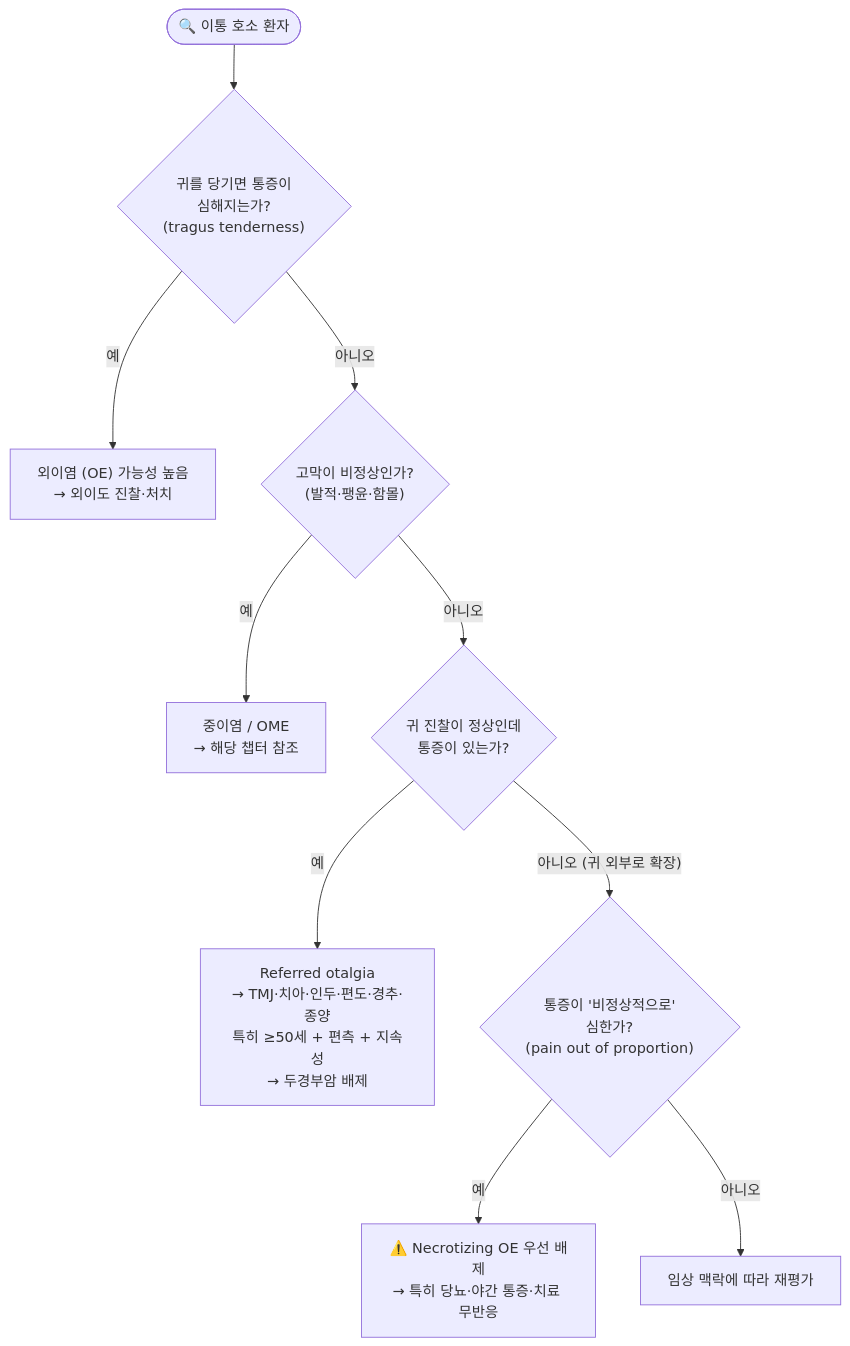
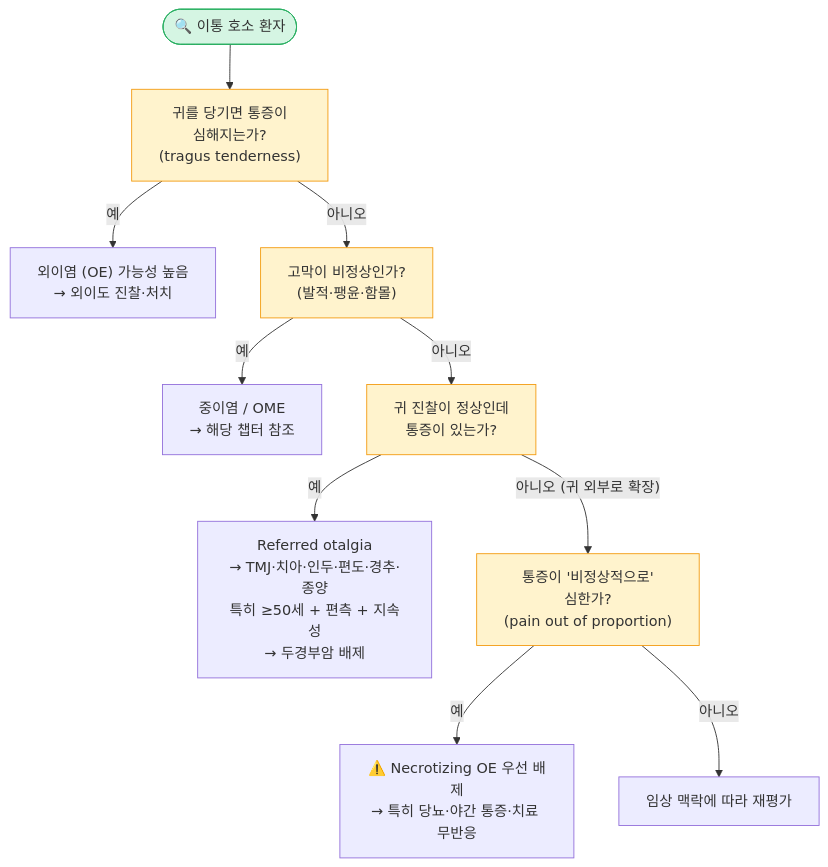
Before and after one commit to familyoh77/familyoh77: the first of 2 diagrams in 222_/047_-otitis-externa.md, drawn with Mermaid. The commit also changed other lines of this file, not shown here.

````diff
--- a/222_/047_-otitis-externa.md
+++ b/222_/047_-otitis-externa.md
@@ -85,12 +86,17 @@
 ```mermaid
 graph TD
-    S(["🔍 이통 호소 환자"]) --> Q1{"귀를 당기면 통증이<br/>심해지는가?<br/>(tragus tenderness)"}
-    Q1 -- "예" --> OE["외이염 (OE) 가능성 높음\n→ 외이도 진찰·처치"]
-    Q1 -- "아니오" --> Q2{"고막이 비정상인가?\n(발적·팽윤·함몰)"}
-    Q2 -- "예" --> OM["중이염 / OME\n→ 해당 챕터 참조"]
-    Q2 -- "아니오" --> Q3{"귀 진찰이 정상인데\n통증이 있는가?"}
-    Q3 -- "예" --> REF["Referred otalgia\n→ TMJ·치아·인두·편도·경추·종양\n특히 ≥50세 + 편측 + 지속성\n→ 두경부암 배제"]
-    Q3 -- "아니오 (귀 외부로 확장)" --> Q4{"통증이 '비정상적으로'\n심한가?\n(pain out of proportion)"}
-    Q4 -- "예" --> NOE["⚠️ Necrotizing OE 우선 배제\n→ 특히 당뇨·야간 통증·치료 무반응"]
+    S(["🔍 이통 호소 환자"]) --> Q1["귀를 당기면 통증이<br/>심해지는가?<br/>(tragus tenderness)"]
+    Q1 -- "예" --> OE["외이염 (OE) 가능성 높음<br/>→ 외이도 진찰·처치"]
+    Q1 -- "아니오" --> Q2["고막이 비정상인가?<br/>(발적·팽윤·함몰)"]
+    Q2 -- "예" --> OM["중이염 / OME<br/>→ 해당 챕터 참조"]
+    Q2 -- "아니오" --> Q3["귀 진찰이 정상인데<br/>통증이 있는가?"]
+    Q3 -- "예" --> REF["Referred otalgia<br/>→ TMJ·치아·인두·편도·경추·종양<br/>특히 ≥50세 + 편측 + 지속성<br/>→ 두경부암 배제"]
+    Q3 -- "아니오 (귀 외부로 확장)" --> Q4["통증이 '비정상적으로'<br/>심한가?<br/>(pain out of proportion)"]
+    Q4 -- "예" --> NOE["⚠️ Necrotizing OE 우선 배제<br/>→ 특히 당뇨·야간 통증·치료 무반응"]
     Q4 -- "아니오" --> EVAL["임상 맥락에 따라 재평가"]
+    
+        style S fill:#d5f5e3,stroke:#27ae60
+        classDef yellow fill:#fff3cd,stroke:#f39c12
+        class Q1,Q2,Q3,Q4 yellow
+
 ```
````
